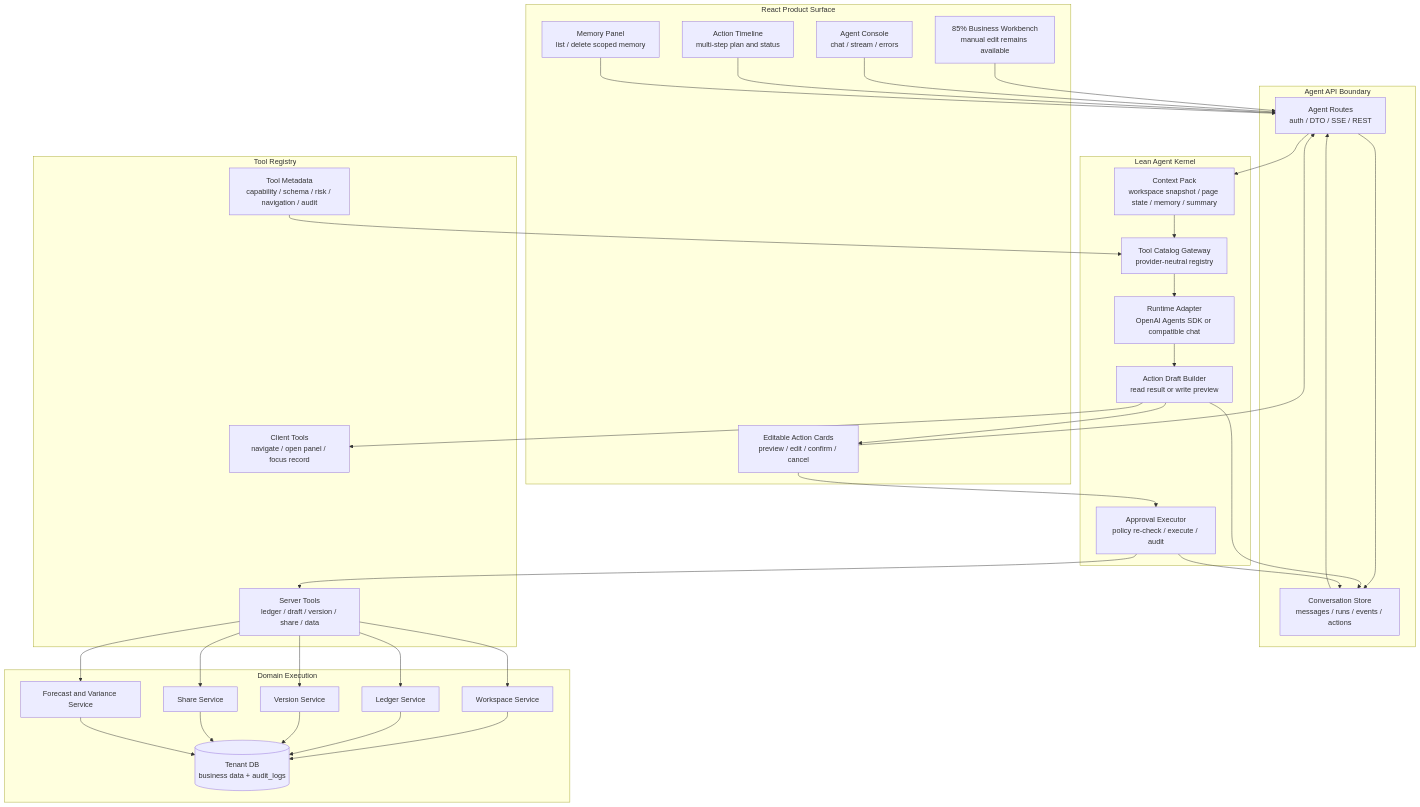
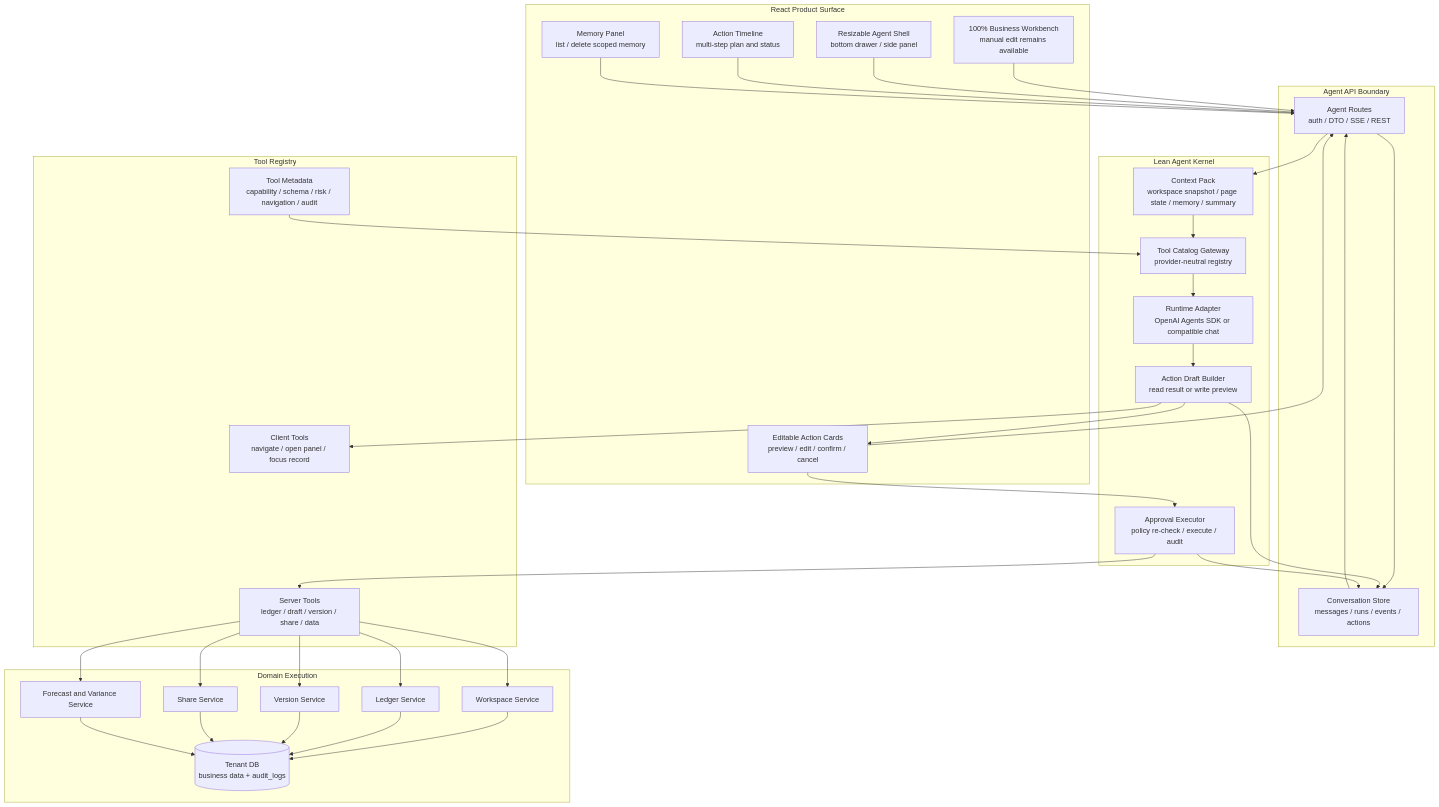
The first of 2 diagrams in docs/adr/0003-xox-model-agent-os-target-architecture.md (Suysker/xox-model), drawn with Mermaid before and after one commit. The commit also changed 10 other files, not shown here.

Commit message:
Implement resizable agent shell layouts

````diff
--- a/docs/adr/0003-xox-model-agent-os-target-architecture.md
+++ b/docs/adr/0003-xox-model-agent-os-target-architecture.md
@@ -71,71 +71,71 @@
 ```mermaid
 flowchart TB
   subgraph Web[React Product Surface]
-    Workbench[85% Business Workbench<br/>manual edit remains available]
-    Console[Agent Console<br/>chat / stream / errors]
+    Workbench[100% Business Workbench<br/>manual edit remains available]
+    Console[Resizable Agent Shell<br/>bottom drawer / side panel]
     Timeline[Action Timeline<br/>multi-step plan and status]
     Cards[Editable Action Cards<br/>preview / edit / confirm / cancel]
     MemoryPanel[Memory Panel<br/>list / delete scoped memory]
   end
 
   subgraph API[Agent API Boundary]
     Routes[Agent Routes<br/>auth / DTO / SSE / REST]
     Store[Conversation Store<br/>messages / runs / events / actions]
   end
 
   subgraph Kernel[Lean Agent Kernel]
     Context[Context Pack<br/>workspace snapshot / page state / memory / summary]
     ToolGateway[Tool Catalog Gateway<br/>provider-neutral registry]
     Runtime[Runtime Adapter<br/>OpenAI Agents SDK or compatible chat]
     Drafts[Action Draft Builder<br/>read result or write preview]
     Approval[Approval Executor<br/>policy re-check / execute / audit]
   end
 
   subgraph Registry[Tool Registry]
     ToolMeta[Tool Metadata<br/>capability / schema / risk / navigation / audit]
     ClientTools[Client Tools<br/>navigate / open panel / focus record]
     ServerTools[Server Tools<br/>ledger / draft / version / share / data]
   end
 
   subgraph Domain[Domain Execution]
     Workspace[Workspace Service]
     Ledger[Ledger Service]
     Version[Version Service]
     Share[Share Service]
     Forecast[Forecast and Variance Service]
     DB[(Tenant DB<br/>business data + audit_logs)]
   end
 
   Workbench --> Routes
   Console --> Routes
   Timeline --> Routes
   Cards --> Routes
   MemoryPanel --> Routes
 
   Routes --> Store
   Routes --> Context
   Context --> ToolGateway
   ToolMeta --> ToolGateway
   ToolGateway --> Runtime
   Runtime --> Drafts
 
   Drafts --> Store
   Drafts --> Cards
   Drafts --> ClientTools
   Cards --> Approval
   Approval --> ServerTools
 
   ServerTools --> Workspace
   ServerTools --> Ledger
   ServerTools --> Version
   ServerTools --> Share
   ServerTools --> Forecast
 
   Workspace --> DB
   Ledger --> DB
   Version --> DB
   Share --> DB
   Forecast --> DB
   Approval --> Store
   Store --> Routes
 ```
````
